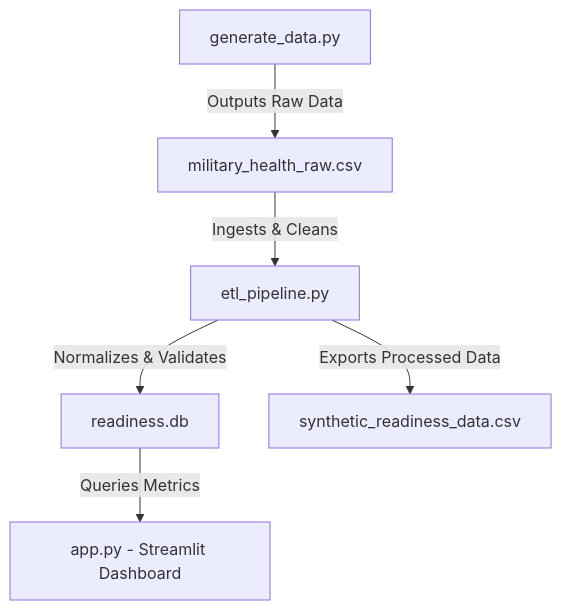
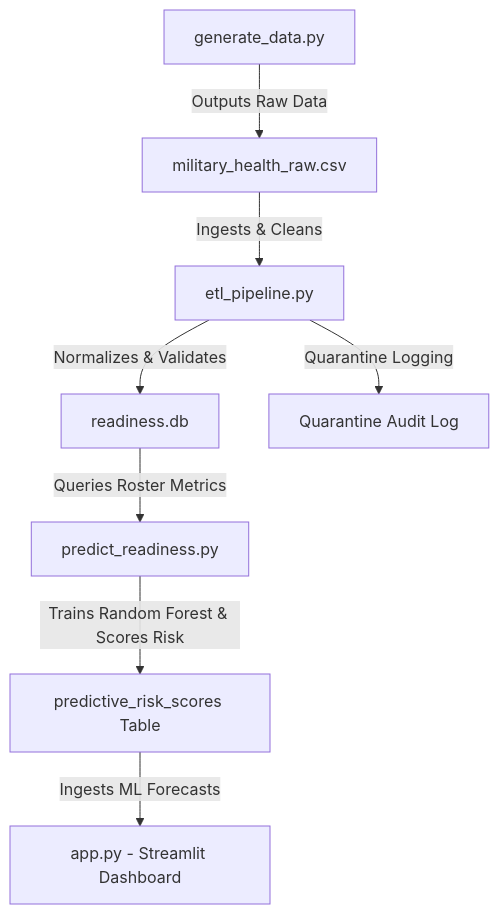
The diagram in README.md (jenbaun80-beep/military-health-readiness-system), drawn with Mermaid before and after one commit. The commit also changed other lines of this file, not shown here.

First line of the commit message:
Fix typo and enhance readiness records in README

````diff
--- a/README.md
+++ b/README.md
@@ -14,9 +13,11 @@
 ```mermaid
 graph TD
     A[generate_data.py] -->|Outputs Raw Data| B[military_health_raw.csv]
     B -->|Ingests & Cleans| C[etl_pipeline.py]
     C -->|Normalizes & Validates| D[readiness.db]
-    C -->|Exports Processed Data| E[synthetic_readiness_data.csv]
-    D -->|Queries Metrics| F[app.py - Streamlit Dashboard]
+    C -->|Quarantine Logging| E[Quarantine Audit Log]
+    D -->|Queries Roster Metrics| F[predict_readiness.py]
+    F -->|Trains Random Forest & Scores Risk| G[predictive_risk_scores Table]
+    G -->|Ingests ML Forecasts| H[app.py - Streamlit Dashboard]
 
 ```
````
